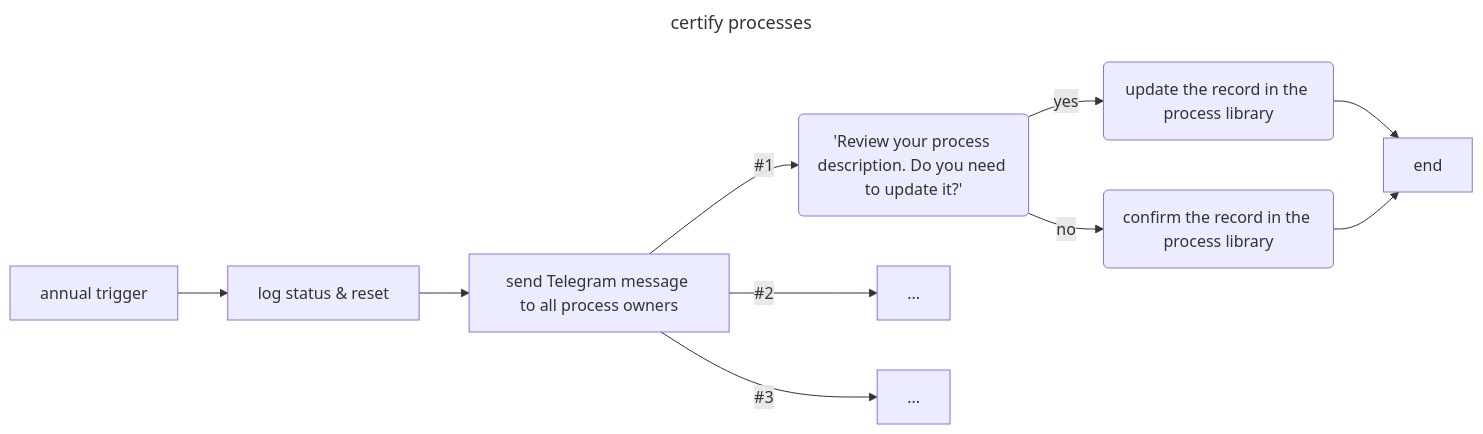
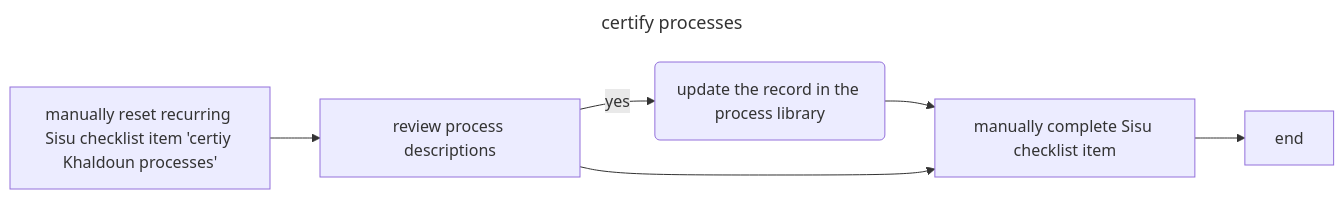
One commit to khaldoun-xyz/standard changed the first of 10 diagrams in docs/processes.md. Above: the diagram before and after it, drawn with Mermaid. The commit also changed other lines of this file, not shown here.

```diff
--- a/docs/processes.md
+++ b/docs/processes.md
@@ -52,15 +50,11 @@
 ~~~mermaid
 ---
 title: certify processes
 ---
 flowchart LR
-  A[annual trigger] --> B[log status & reset]
-  B --> C[send Telegram message to all process owners]
-  C --> |#1| D('Review your process description. Do you need to update it?')
-  C --> |#2| E[...]
-  C --> |#3| F[...]
-  D --> |yes| G(update the record in the process library)
-  D --> |no| H(confirm the record in the process library)
-  G --> I[end]
-  H --> I
+  A[manually reset recurring Sisu checklist item 'certiy Khaldoun processes'] --> B[review process descriptions]
+  B --> |yes| C(update the record in the process library)
+  C --> D[manually complete Sisu checklist item]
+  B --> D
+  D --> E[end]
 ~~~
```
